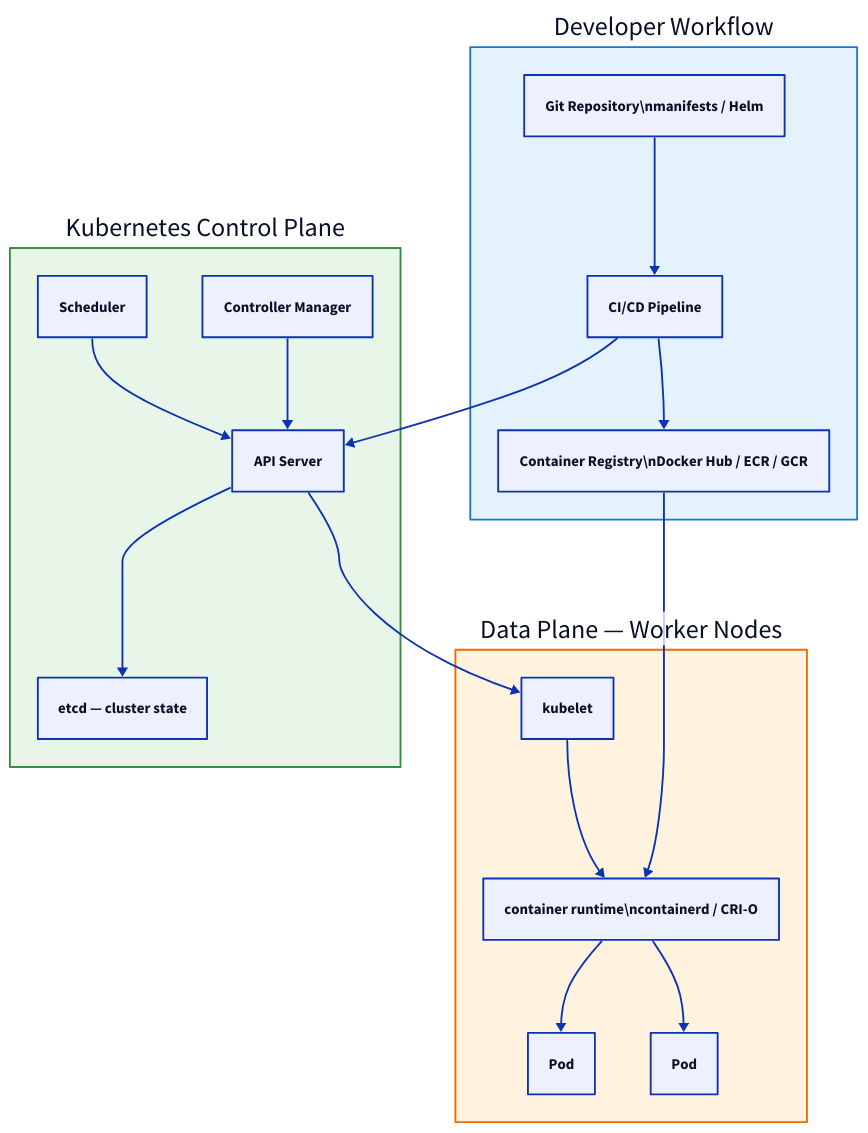
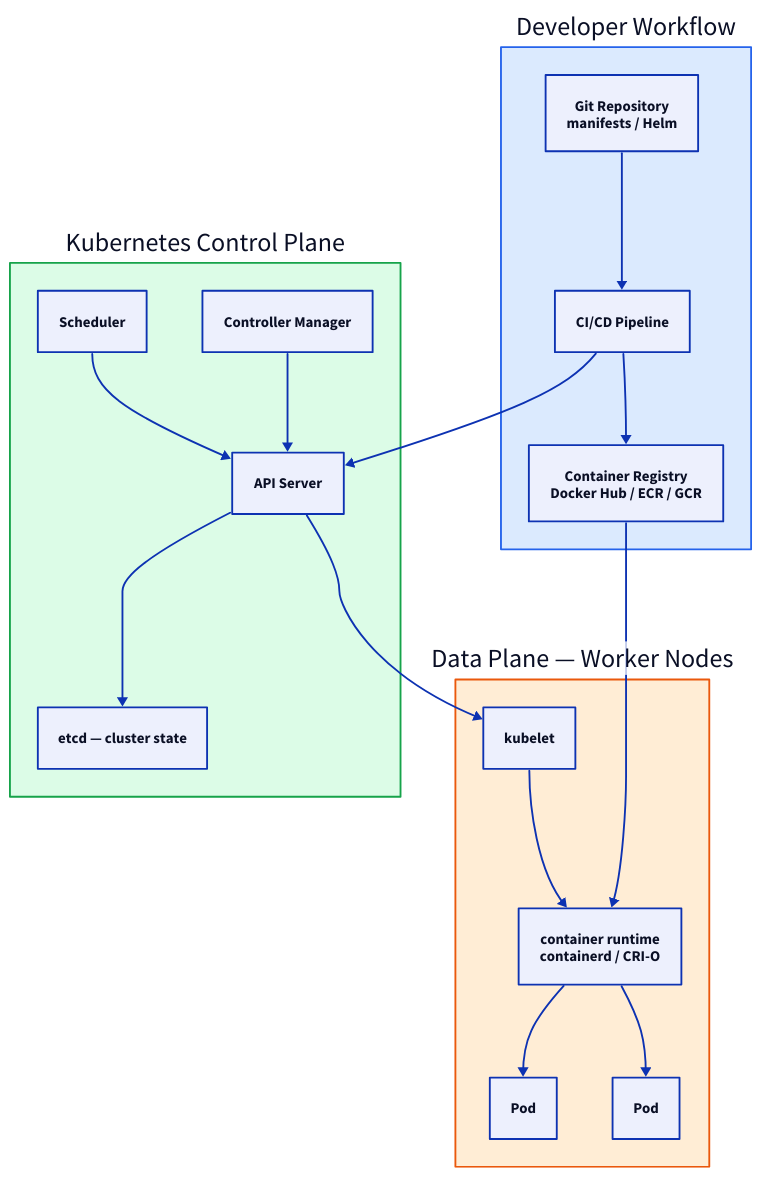
Before and after one commit to rebash-rebash/rebash-academy: the first of 2 diagrams in docs/kubernetes/introduction-to-kubernetes-and-orchestration.md, drawn with D2. The commit also changed other lines of this file and 177 other files, not shown here.

First line of the commit message:
Ship Terraform track, diagram polish, and new brand favicon.

````diff
--- a/docs/kubernetes/introduction-to-kubernetes-and-orchestration.md
+++ b/docs/kubernetes/introduction-to-kubernetes-and-orchestration.md
@@ -57,44 +57,44 @@
 ```d2
 direction: down
 
 DEV: "Developer Workflow" {
       style: {
-        fill: "#e3f2fd"
-        stroke: "#1976d2"
+        fill: "#dbeafe"
+        stroke: "#2563eb"
       }
-        GIT: "Git Repository\\nmanifests / Helm"
+        GIT: "Git Repository\nmanifests / Helm"
         CI: "CI/CD Pipeline"
-        REG: "Container Registry\\nDocker Hub / ECR / GCR"
+        REG: "Container Registry\nDocker Hub / ECR / GCR"
     }
     CP: "Kubernetes Control Plane" {
       style: {
-        fill: "#e8f5e9"
-        stroke: "#388e3c"
+        fill: "#dcfce7"
+        stroke: "#16a34a"
       }
         API: "API Server"
         ETCD: "etcd — cluster state"
         SCHED: Scheduler
         CM: "Controller Manager"
         API -> ETCD
         SCHED -> API
         CM -> API
     }
     DATA: "Data Plane — Worker Nodes" {
       style: {
-        fill: "#fff3e0"
-        stroke: "#ef6c00"
+        fill: "#ffedd5"
+        stroke: "#ea580c"
       }
         KUBELET: kubelet
-        RUNTIME: "container runtime\\ncontainerd / CRI-O"
+        RUNTIME: "container runtime\ncontainerd / CRI-O"
         POD1: Pod
         POD2: Pod
         KUBELET -> RUNTIME
         RUNTIME -> POD1
         RUNTIME -> POD2
     }
     DEV.GIT -> DEV.CI
     DEV.CI -> DEV.REG
     DEV.CI -> CP.API
     DEV.REG -> DATA.RUNTIME
     CP.API -> DATA.KUBELET
 ```
````
